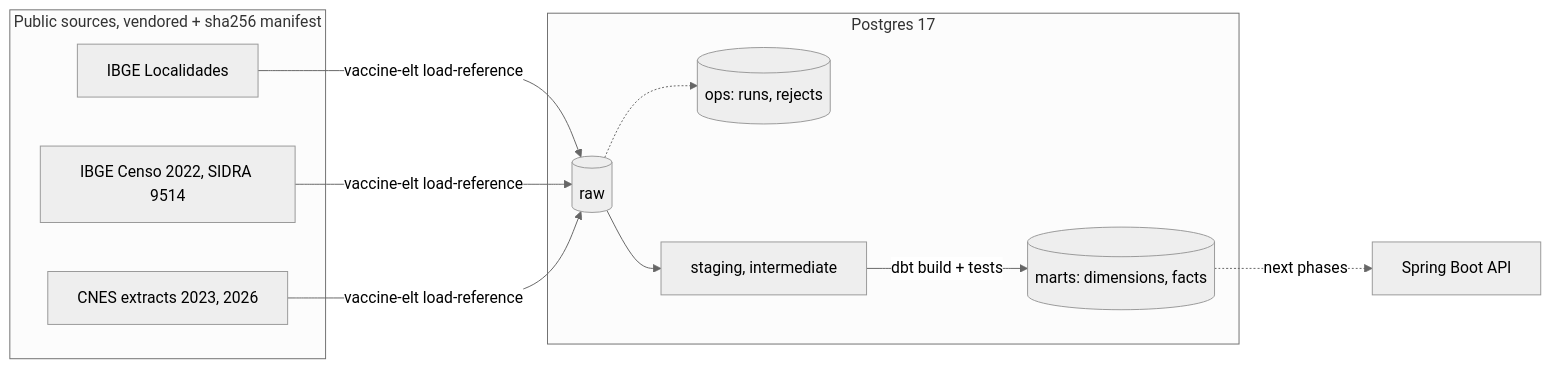
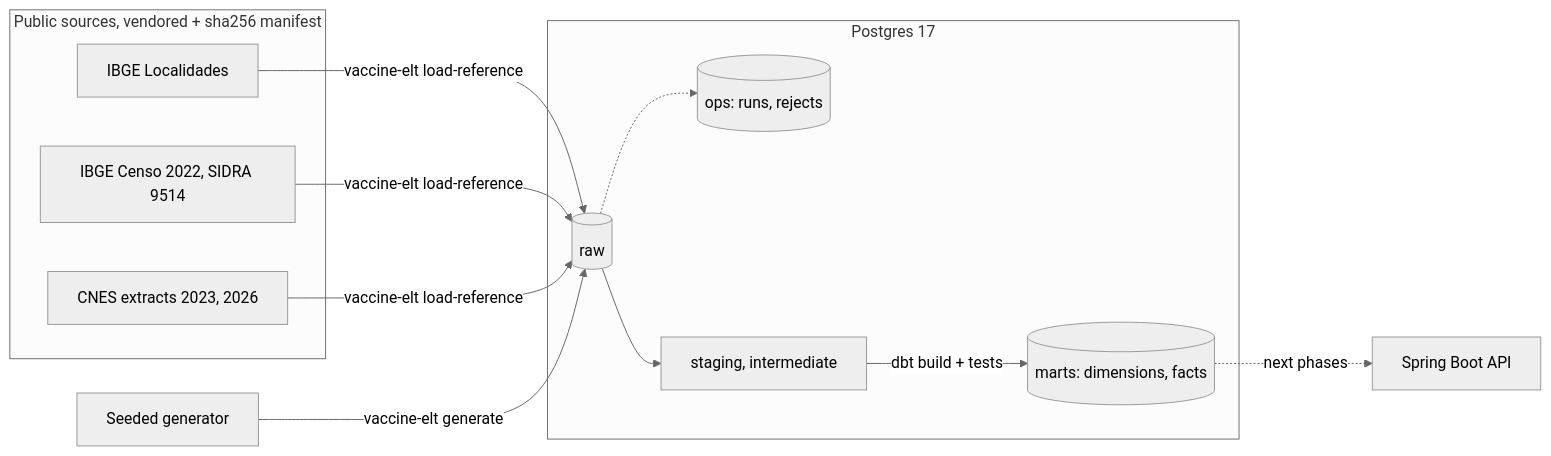
One commit to emanuel-luis/vaccine-backend changed the diagram in README.md. Above: the diagram before and after it, drawn with Mermaid (neutral theme). The commit also changed other lines of this file and 3 other files, not shown here.

````diff
--- a/README.md
+++ b/README.md
@@ -37,19 +41,21 @@
 ```mermaid
 flowchart LR
   subgraph sources[Public sources, vendored + sha256 manifest]
     IBGE[IBGE Localidades]
     SIDRA[IBGE Censo 2022, SIDRA 9514]
     CNES[CNES extracts 2023, 2026]
   end
   subgraph pg[Postgres 17]
     RAW[(raw)]
     OPS[(ops: runs, rejects)]
     STG[staging, intermediate]
     MARTS[(marts: dimensions, facts)]
   end
   API[Spring Boot API]
+  GEN[Seeded generator]
   IBGE & SIDRA & CNES -->|vaccine-elt load-reference| RAW
+  GEN -->|vaccine-elt generate| RAW
   RAW --> STG -->|dbt build + tests| MARTS
   RAW -.-> OPS
   MARTS -.->|next phases| API
 ```
````
